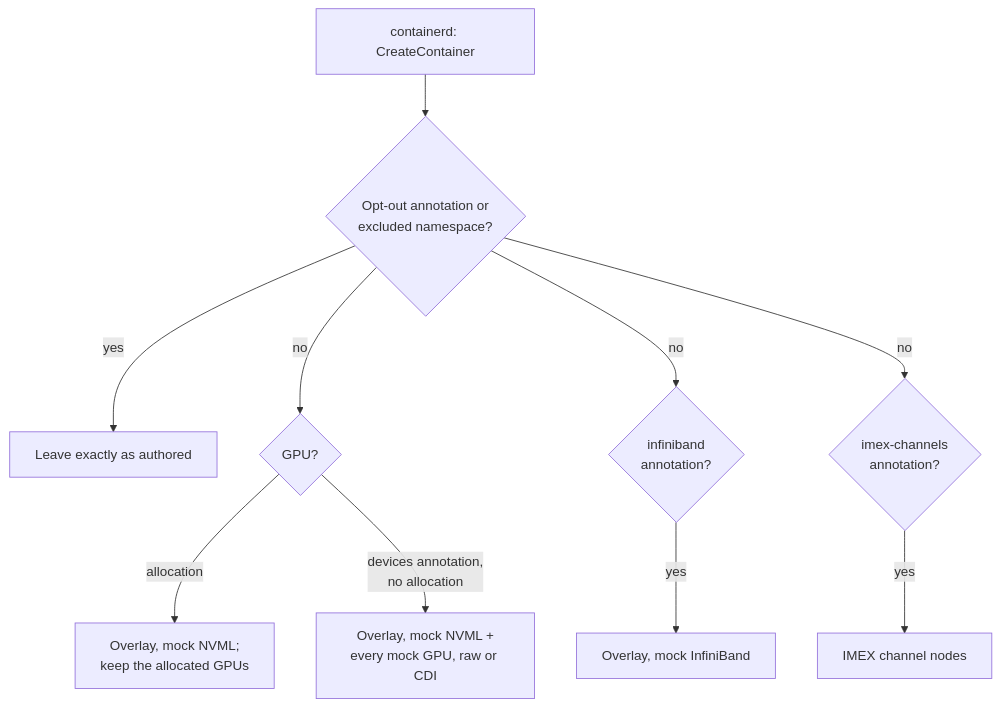
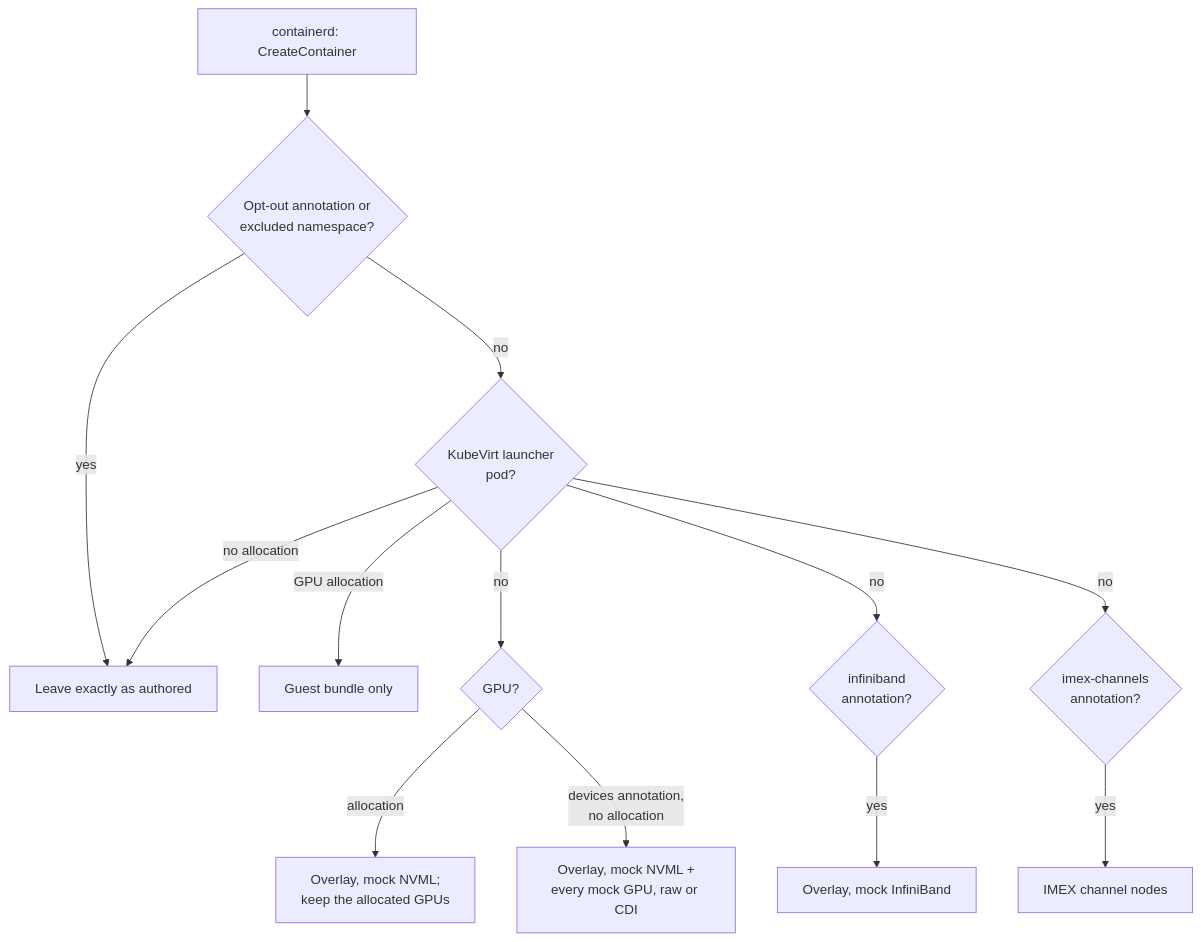
The first of 2 diagrams in docs/components/nri-plugin.md (NVIDIA/k8s-test-infra), drawn with Mermaid before and after one commit. The commit also changed other lines of this file and 58 other files, not shown here.

First line of the commit message:
feat(kubevirt): a KubeVirt VM sees its allocated mock GPU in the guest

````diff
--- a/docs/components/nri-plugin.md
+++ b/docs/components/nri-plugin.md
@@ -88,12 +90,15 @@
 ```mermaid
 flowchart TB
     create[containerd: CreateContainer] --> skip{Opt-out annotation or<br/>excluded namespace?}
     skip -->|yes| asis[Leave exactly as authored]
-    skip -->|no| gpu{GPU?}
-    skip -->|no| ib{infiniband<br/>annotation?}
-    skip -->|no| imex{imex-channels<br/>annotation?}
+    skip -->|no| launcher{KubeVirt launcher<br/>pod?}
+    launcher -->|GPU allocation| bundle[Guest bundle only]
+    launcher -->|no allocation| asis
+    launcher -->|no| gpu{GPU?}
+    launcher -->|no| ib{infiniband<br/>annotation?}
+    launcher -->|no| imex{imex-channels<br/>annotation?}
     gpu -->|allocation| keep[Overlay, mock NVML;<br/>keep the allocated GPUs]
     gpu -->|devices annotation,<br/>no allocation| all[Overlay, mock NVML +<br/>every mock GPU, raw or CDI]
     ib -->|yes| fabric[Overlay, mock InfiniBand]
     imex -->|yes| channels[IMEX channel nodes]
 ```
````
